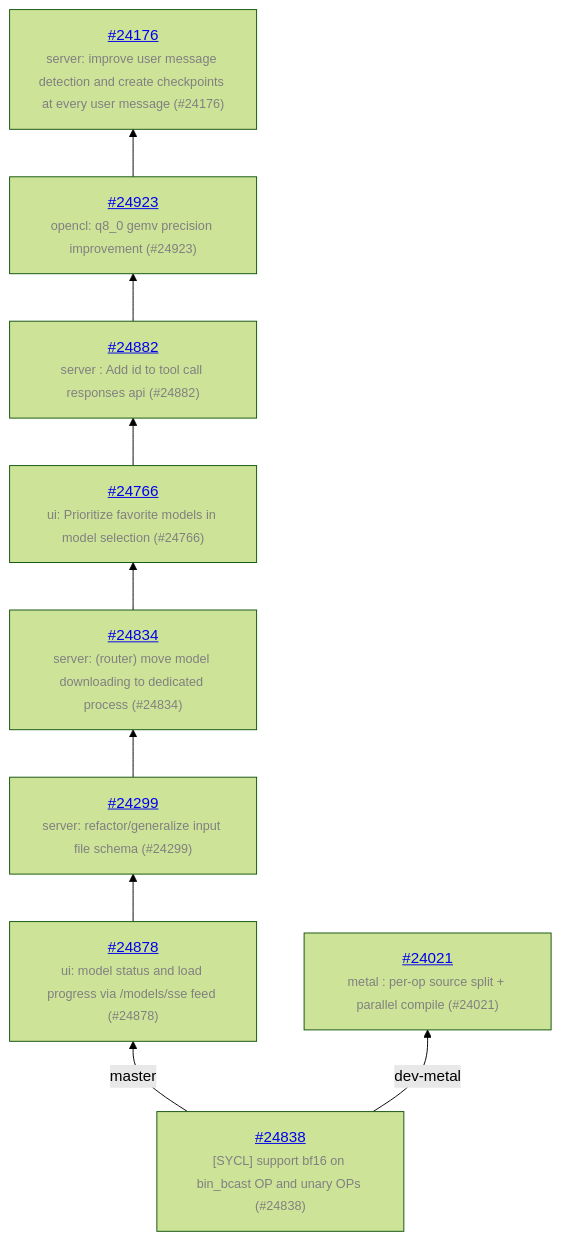
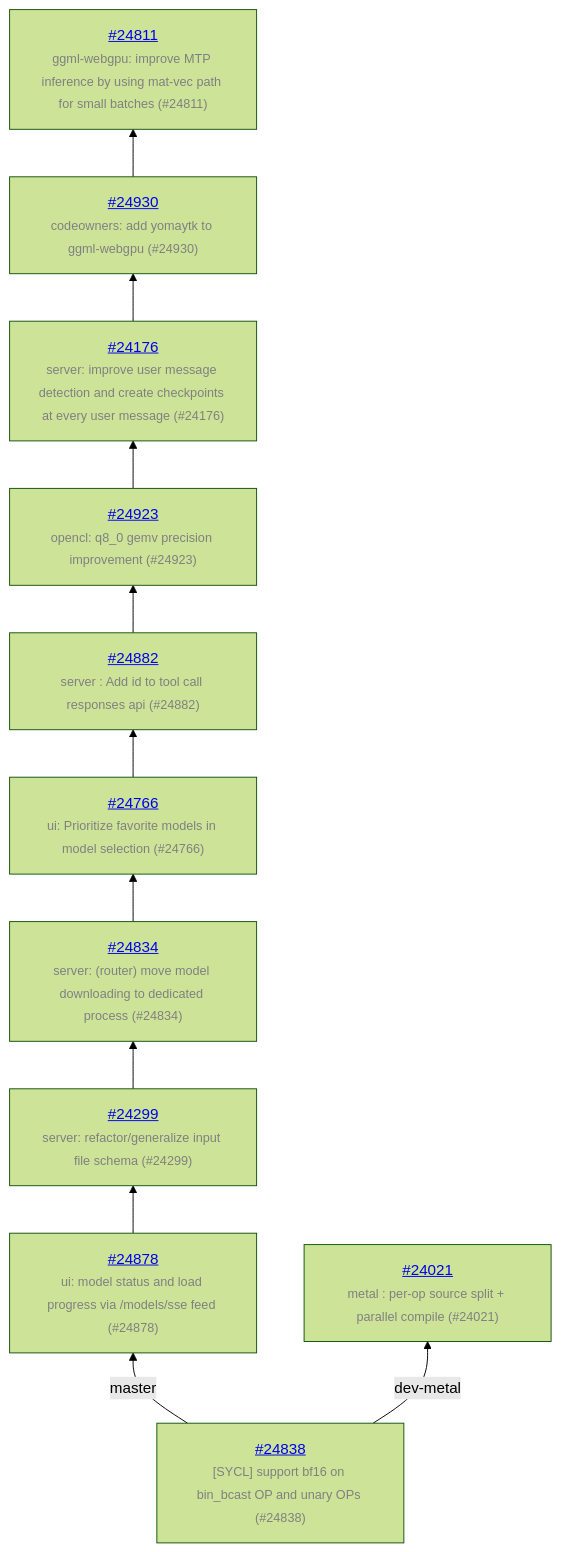
One commit to ggml-org/llama.cpp-dev changed the diagram in README.md. Above: the diagram before and after it, drawn with Mermaid (forest theme). The commit also changed other lines of this file and 1 other file, not shown here.

Commit message:
auto: update

````diff
--- a/README.md
+++ b/README.md
@@ -13,20 +13,24 @@
 ```mermaid
 graph BT
     COMMON["<a href='https://github.com/ggml-org/llama.cpp/pull/24838'>#24838</a><br/><span style='font-size:smaller;color:gray'>[SYCL] support bf16 on bin_bcast OP and unary OPs (#24838)</span>"]
     COMMON -->|master| C_099b579
     C_099b579["<a href='https://github.com/ggml-org/llama.cpp/pull/24878'>#24878</a><br/><span style='font-size:smaller;color:gray'>ui: model status and load progress via /models/sse feed (#24878)</span>"]
     C_099b579 --> C_6ee0f65
     C_6ee0f65["<a href='https://github.com/ggml-org/llama.cpp/pull/24299'>#24299</a><br/><span style='font-size:smaller;color:gray'>server: refactor/generalize input file schema (#24299)</span>"]
     C_6ee0f65 --> C_721354f
     C_721354f["<a href='https://github.com/ggml-org/llama.cpp/pull/24834'>#24834</a><br/><span style='font-size:smaller;color:gray'>server: (router) move model downloading to dedicated process (#24834)</span>"]
     C_721354f --> C_9c0ac88
     C_9c0ac88["<a href='https://github.com/ggml-org/llama.cpp/pull/24766'>#24766</a><br/><span style='font-size:smaller;color:gray'>ui: Prioritize favorite models in model selection (#24766)</span>"]
     C_9c0ac88 --> C_dec5ca5
     C_dec5ca5["<a href='https://github.com/ggml-org/llama.cpp/pull/24882'>#24882</a><br/><span style='font-size:smaller;color:gray'>server : Add id to tool call responses api (#24882)</span>"]
     C_dec5ca5 --> C_23ee879
     C_23ee879["<a href='https://github.com/ggml-org/llama.cpp/pull/24923'>#24923</a><br/><span style='font-size:smaller;color:gray'>opencl: q8_0 gemv precision improvement (#24923)</span>"]
     C_23ee879 --> C_73618f2
     C_73618f2["<a href='https://github.com/ggml-org/llama.cpp/pull/24176'>#24176</a><br/><span style='font-size:smaller;color:gray'>server: improve user message detection and create checkpoints at every user message (#24176)</span>"]
+    C_73618f2 --> C_035cd8f
+    C_035cd8f["<a href='https://github.com/ggml-org/llama.cpp/pull/24930'>#24930</a><br/><span style='font-size:smaller;color:gray'>codeowners: add yomaytk to ggml-webgpu (#24930)</span>"]
+    C_035cd8f --> C_7c90850
+    C_7c90850["<a href='https://github.com/ggml-org/llama.cpp/pull/24811'>#24811</a><br/><span style='font-size:smaller;color:gray'>ggml-webgpu: improve MTP inference by using mat-vec path for small batches (#24811)</span>"]
     COMMON -->|dev-metal| C_bec3083
     C_bec3083["<a href='https://github.com/ggml-org/llama.cpp/pull/24021'>#24021</a><br/><span style='font-size:smaller;color:gray'>metal : per-op source split + parallel compile (#24021)</span>"]
 ```
````
